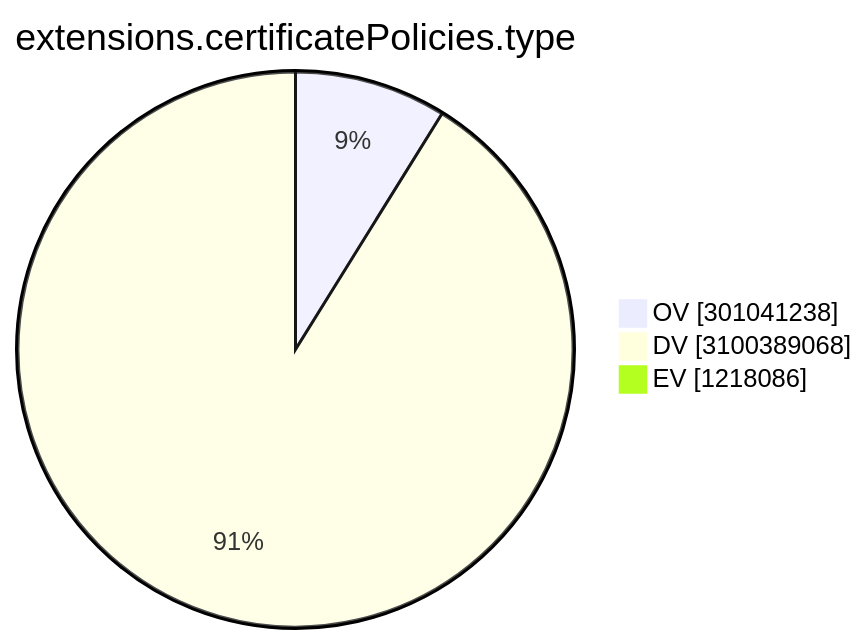
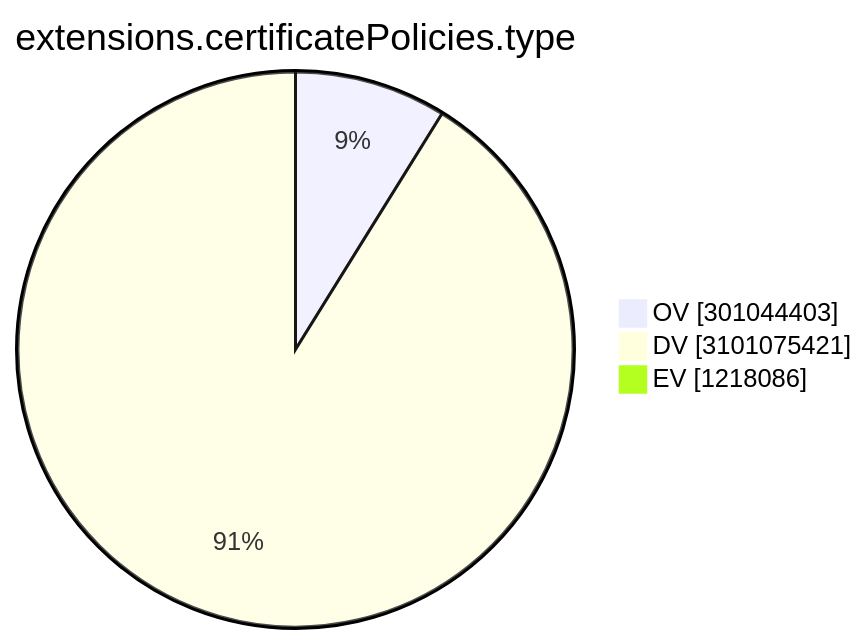
One commit to christiankrug/ctmonitor_visualization changed the ninth of 15 diagrams in TOTAL/README.md. Above: the diagram before and after it, drawn with Mermaid. The commit also changed other lines of this file, not shown here.

````diff
--- a/TOTAL/README.md
+++ b/TOTAL/README.md
@@ -3103,7 +3103,7 @@
 ```mermaid
 pie showData
 title extensions.certificatePolicies.type
-"OV" :301041238
-"DV" :3100389068
+"OV" :301044403
+"DV" :3101075421
 "EV" :1218086
 ```
````
